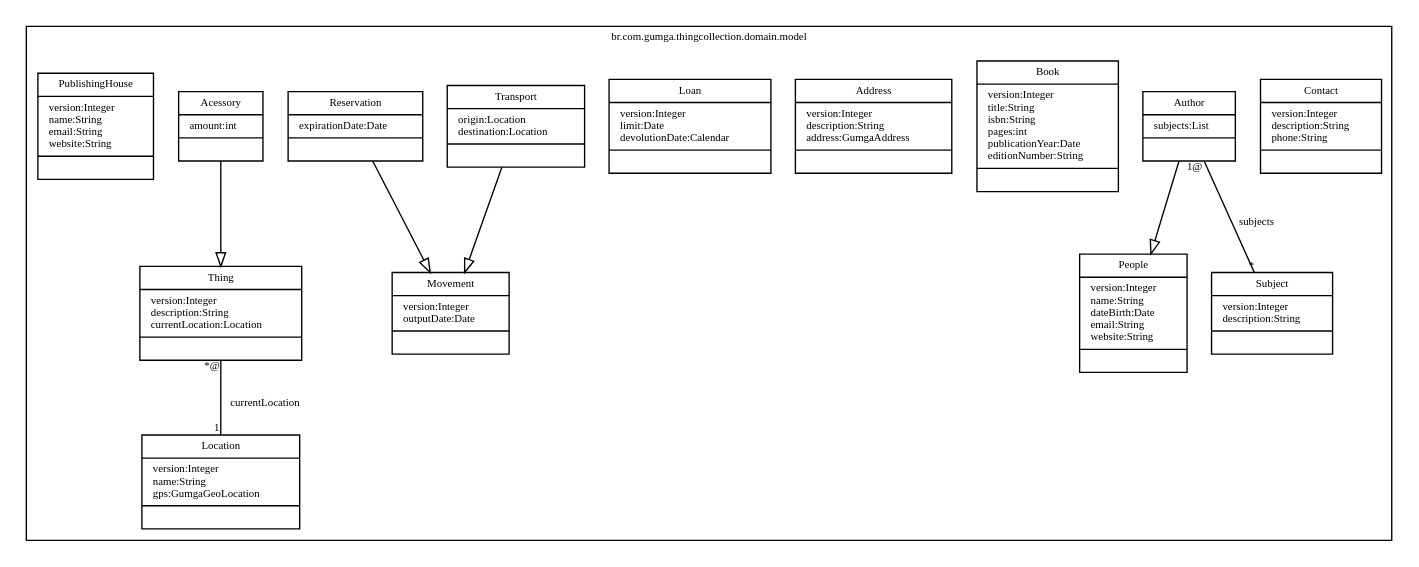
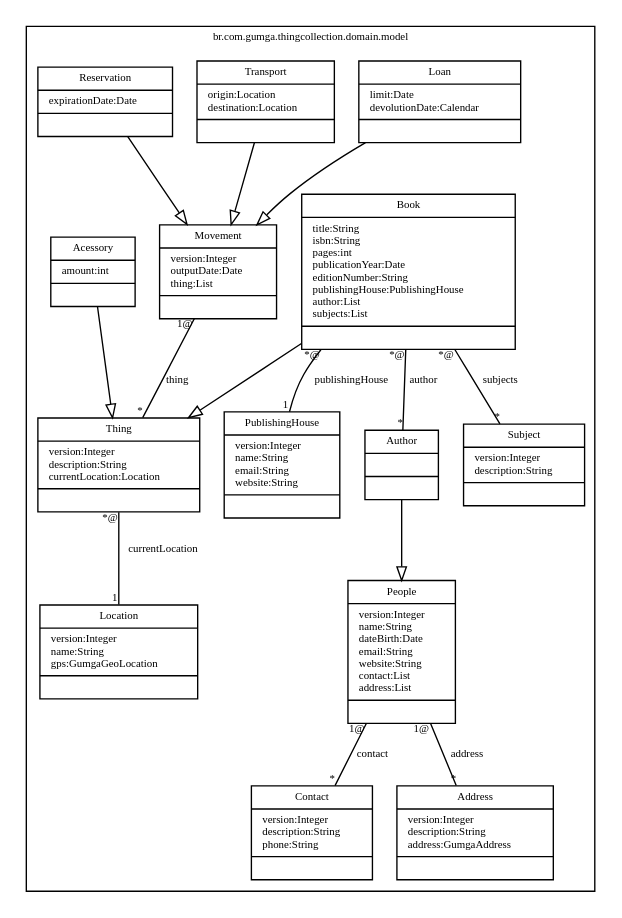
One commit to willianmarquesfreire/ThingCollection changed the diagram in ThingCollection-domain/target/docs/allclasses.dot. Above: the diagram before and after it, drawn with Graphviz. The commit also changed 1440 other files, not shown here.

```diff
--- a/ThingCollection-domain/target/docs/allclasses.dot
+++ b/ThingCollection-domain/target/docs/allclasses.dot
@@ -1,45 +1,52 @@
 //Gerado automaticamente por plugin da www.gumga.com.br munif@munifgebara.com.br
 
 digraph G{
 fontname = "Bitstream Vera Sans"
 fontsize = 8
 
 node [
         fontname = "Bitstream Vera Sans"
         fontsize = 8
         shape = "record"
 ]
 
 edge [
         fontname = "Bitstream Vera Sans"
         fontsize = 8
 ]
 
 subgraph clusterbr_com_gumga_thingcollection_domain_model
 {
 label="br.com.gumga.thingcollection.domain.model";
 Contact [label = "{Contact|version:Integer\ldescription:String\lphone:String\l|}"]
-Author [label = "{Author|subjects:List\l|}"]
-People [label = "{People|version:Integer\lname:String\ldateBirth:Date\lemail:String\lwebsite:String\l|}"]
-Book [label = "{Book|version:Integer\ltitle:String\lisbn:String\lpages:int\lpublicationYear:Date\leditionNumber:String\l|}"]
-Movement [label = "{Movement|version:Integer\loutputDate:Date\l|}"]
+Author [label = "{Author||}"]
+People [label = "{People|version:Integer\lname:String\ldateBirth:Date\lemail:String\lwebsite:String\lcontact:List\laddress:List\l|}"]
+Book [label = "{Book|title:String\lisbn:String\lpages:int\lpublicationYear:Date\leditionNumber:String\lpublishingHouse:PublishingHouse\lauthor:List\lsubjects:List\l|}"]
+Movement [label = "{Movement|version:Integer\loutputDate:Date\lthing:List\l|}"]
 Address [label = "{Address|version:Integer\ldescription:String\laddress:GumgaAddress\l|}"]
-Loan [label = "{Loan|version:Integer\llimit:Date\ldevolutionDate:Calendar\l|}"]
+Loan [label = "{Loan|limit:Date\ldevolutionDate:Calendar\l|}"]
 Transport [label = "{Transport|origin:Location\ldestination:Location\l|}"]
 Subject [label = "{Subject|version:Integer\ldescription:String\l|}"]
 Thing [label = "{Thing|version:Integer\ldescription:String\lcurrentLocation:Location\l|}"]
 Reservation [label = "{Reservation|expirationDate:Date\l|}"]
 Acessory [label = "{Acessory|amount:int\l|}"]
 PublishingHouse [label = "{PublishingHouse|version:Integer\lname:String\lemail:String\lwebsite:String\l|}"]
 Location [label = "{Location|version:Integer\lname:String\lgps:GumgaGeoLocation\l|}"]
 
 }
 
 edge [ arrowhead = "empty" headlabel = "" taillabel = ""] Transport -> Movement
+edge [arrowhead = "none" headlabel = "*" taillabel = "1@"] People -> Address [label = "address"]
+edge [arrowhead = "none" headlabel = "*" taillabel = "1@"] People -> Contact [label = "contact"]
+edge [arrowhead = "none" headlabel = "*" taillabel = "*@"] Book -> Author [label = "author"]
+edge [ arrowhead = "empty" headlabel = "" taillabel = ""] Book -> Thing
+edge [arrowhead = "none" headlabel = "1" taillabel = "*@"] Book -> PublishingHouse [label = "publishingHouse"]
+edge [arrowhead = "none" headlabel = "*" taillabel = "1@"] Movement -> Thing [label = "thing"]
 edge [ arrowhead = "empty" headlabel = "" taillabel = ""] Acessory -> Thing
 edge [ arrowhead = "empty" headlabel = "" taillabel = ""] Author -> People
 edge [ arrowhead = "empty" headlabel = "" taillabel = ""] Reservation -> Movement
-edge [arrowhead = "none" headlabel = "*" taillabel = "1@"] Author -> Subject [label = "subjects"]
+edge [ arrowhead = "empty" headlabel = "" taillabel = ""] Loan -> Movement
+edge [arrowhead = "none" headlabel = "*" taillabel = "*@"] Book -> Subject [label = "subjects"]
 edge [arrowhead = "none" headlabel = "1" taillabel = "*@"] Thing -> Location [label = "currentLocation"]
 
 }
```
